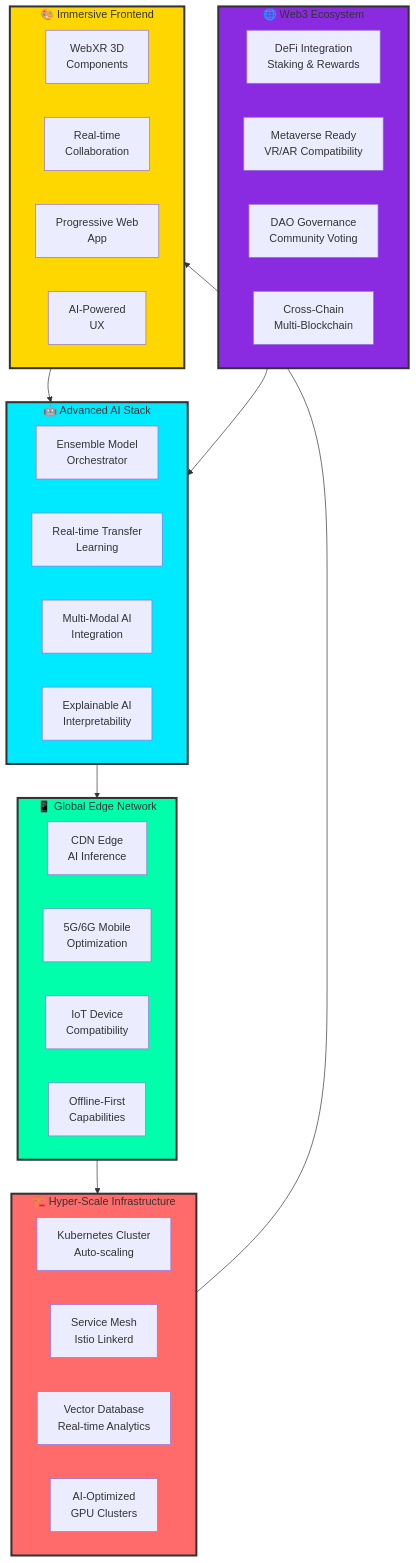
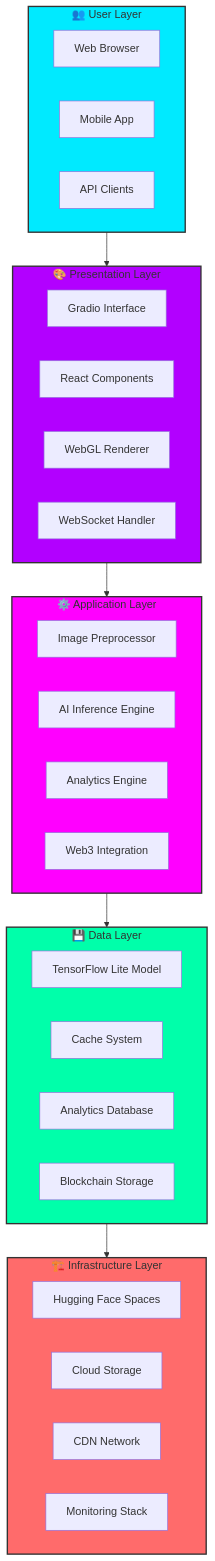
One commit to Dibyendu17122003/CAT-DOG-Image-Classifier-Teachable-Machine changed the second of 4 diagrams in README.md. Above: the diagram before and after it, drawn with Mermaid. The commit also changed other lines of this file, not shown here.

````diff
--- a/README.md
+++ b/README.md
@@ -36,55 +146,53 @@
 ```mermaid
 flowchart TB
-    %% Advanced AI Layer
-    subgraph AI[🤖 Advanced AI Stack]
-        A1[Ensemble Model<br/>Orchestrator]
-        A2[Real-time Transfer<br/>Learning]
-        A3[Multi-Modal AI<br/>Integration]
-        A4[Explainable AI<br/>Interpretability]
+    %% User Layer
+    subgraph UserLayer[👥 User Layer]
+        U1[Web Browser]
+        U2[Mobile App]
+        U3[API Clients]
     end
 
-    %% Web3 & Blockchain Layer
-    subgraph Web3[🌐 Web3 Ecosystem]
-        W1[DeFi Integration<br/>Staking & Rewards]
-        W2[Metaverse Ready<br/>VR/AR Compatibility]
-        W3[DAO Governance<br/>Community Voting]
-        W4[Cross-Chain<br/>Multi-Blockchain]
+    %% Presentation Layer
+    subgraph PresentationLayer[🎨 Presentation Layer]
+        P1[Gradio Interface]
+        P2[React Components]
+        P3[WebGL Renderer]
+        P4[WebSocket Handler]
     end
 
-    %% Edge Computing Network
-    subgraph Edge[📱 Global Edge Network]
-        E1[CDN Edge<br/>AI Inference]
-        E2[5G/6G Mobile<br/>Optimization]
-        E3[IoT Device<br/>Compatibility]
-        E4[Offline-First<br/>Capabilities]
+    %% Application Layer
+    subgraph ApplicationLayer[⚙️ Application Layer]
+        A1[Image Preprocessor]
+        A2[AI Inference Engine]
+        A3[Analytics Engine]
+        A4[Web3 Integration]
     end
 
-    %% Advanced Infrastructure
-    subgraph Infra[🏗️ Hyper-Scale Infrastructure]
-        I1[Kubernetes Cluster<br/>Auto-scaling]
-        I2[Service Mesh<br/>Istio Linkerd]
-        I3[Vector Database<br/>Real-time Analytics]
-        I4[AI-Optimized<br/>GPU Clusters]
+    %% Data Layer
+    subgraph DataLayer[💾 Data Layer]
+        D1[TensorFlow Lite Model]
+        D2[Cache System]
+        D3[Analytics Database]
+        D4[Blockchain Storage]
     end
 
-    %% Frontend Experience
-    subgraph Frontend[🎨 Immersive Frontend]
-        F1[WebXR 3D<br/>Components]
-        F2[Real-time<br/>Collaboration]
-        F3[Progressive Web<br/>App]
-        F4[AI-Powered<br/>UX]
+    %% Infrastructure Layer
+    subgraph InfrastructureLayer[🏗️ Infrastructure Layer]
+        I1[Hugging Face Spaces]
+        I2[Cloud Storage]
+        I3[CDN Network]
+        I4[Monitoring Stack]
     end
 
     %% Data Flow
-    Frontend --> AI
-    Web3 --> AI
-    AI --> Edge
-    Edge --> Infra
-    Infra --> Frontend
+    UserLayer --> PresentationLayer
+    PresentationLayer --> ApplicationLayer
+    ApplicationLayer --> DataLayer
+    DataLayer --> InfrastructureLayer
     
-    style AI fill:#00eaff,stroke:#333,stroke-width:3px
-    style Web3 fill:#8A2BE2,stroke:#333,stroke-width:3px
-    style Edge fill:#00ffaa,stroke:#333,stroke-width:3px
-    style Infra fill:#FF6B6B,stroke:#333,stroke-width:3px
-    style Frontend fill:#FFD700,stroke:#333,stroke-width:3px
+    style UserLayer fill:#00eaff,stroke:#333,stroke-width:2px
+    style PresentationLayer fill:#b200ff,stroke:#333,stroke-width:2px
+    style ApplicationLayer fill:#ff00ff,stroke:#333,stroke-width:2px
+    style DataLayer fill:#00ffaa,stroke:#333,stroke-width:2px
+    style InfrastructureLayer fill:#FF6B6B,stroke:#333,stroke-width:2px
 ```
````
